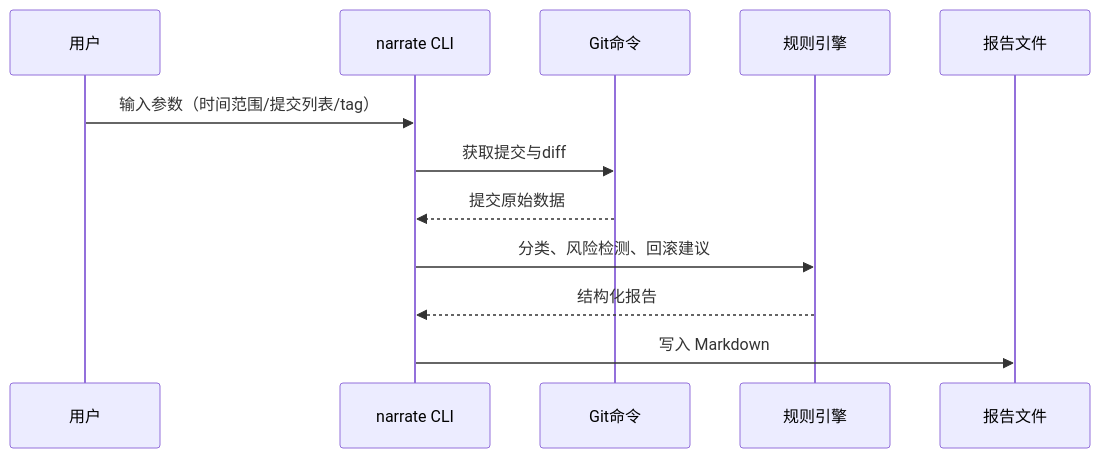
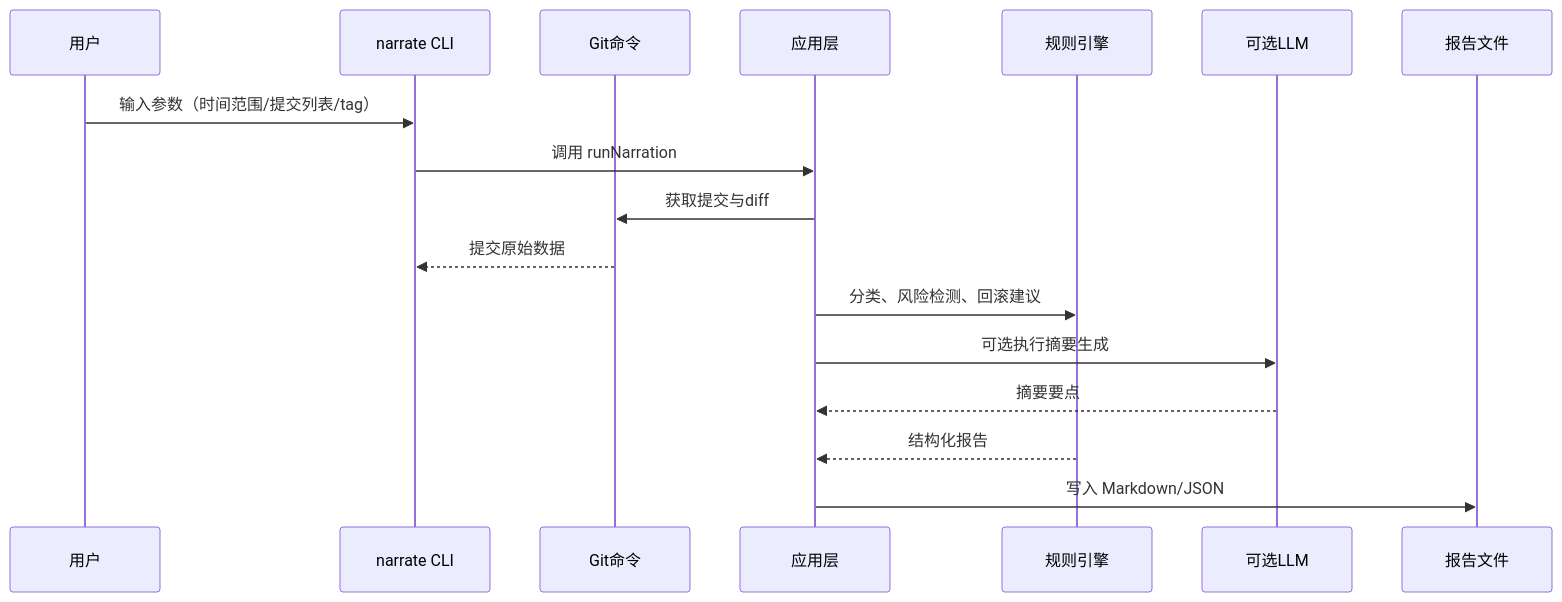
The second of 2 diagrams in helloagents/wiki/arch.md (YinFengWindy/Vibe-Coding), drawn with Mermaid before and after one commit. The commit also changed other lines of this file and 30 other files, not shown here.

````diff
--- a/helloagents/wiki/arch.md
+++ b/helloagents/wiki/arch.md
@@ -19,15 +23,20 @@
 ```mermaid
 sequenceDiagram
     participant User as 用户
     participant CLI as narrate CLI
     participant Git as Git命令
+    participant App as 应用层
     participant Core as 规则引擎
+    participant LLM as 可选LLM
     participant File as 报告文件
 
     User->>CLI: 输入参数（时间范围/提交列表/tag）
-    CLI->>Git: 获取提交与diff
+    CLI->>App: 调用 runNarration
+    App->>Git: 获取提交与diff
     Git-->>CLI: 提交原始数据
-    CLI->>Core: 分类、风险检测、回滚建议
-    Core-->>CLI: 结构化报告
-    CLI->>File: 写入 Markdown
+    App->>Core: 分类、风险检测、回滚建议
+    App->>LLM: 可选执行摘要生成
+    LLM-->>App: 摘要要点
+    Core-->>App: 结构化报告
+    App->>File: 写入 Markdown/JSON
 ```
````
